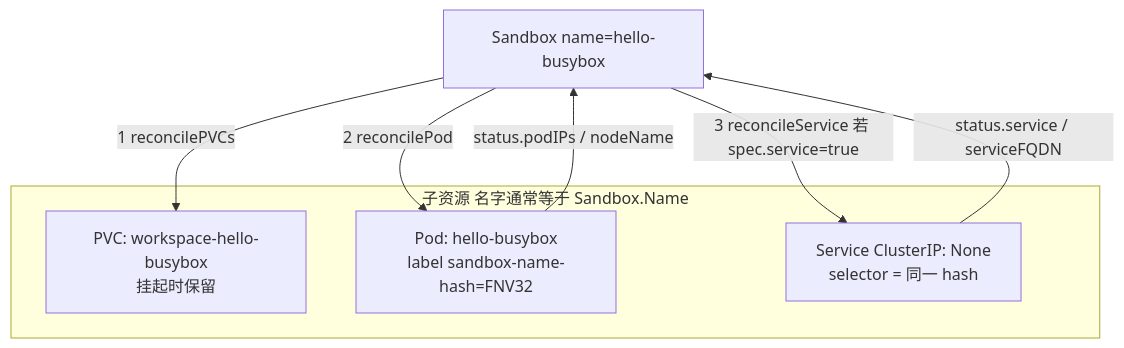
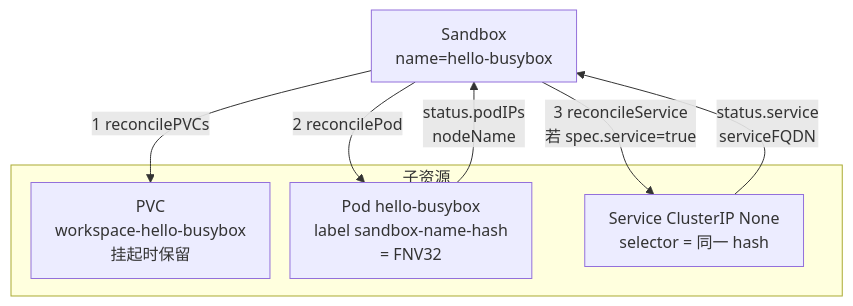
One commit to forrestIsRunning/kind-k8s-learning changed the sixth of 11 diagrams in docs/agent-sandbox-operator.md. Above: the diagram before and after it, drawn with Mermaid. The commit also changed other lines of this file and 2 other files, not shown here.

Commit message:
Stop mermaid diagrams from clipping labels and bottoms.

````diff
--- a/docs/agent-sandbox-operator.md
+++ b/docs/agent-sandbox-operator.md
@@ -164,16 +221,26 @@
 ```mermaid
+---
+config:
+  flowchart:
+    htmlLabels: true
+    wrappingWidth: 200
+    padding: 12
+    useMaxWidth: false
+    rankSpacing: 35
+    nodeSpacing: 20
+---
 flowchart TB
-  SB["Sandbox name=hello-busybox"]
+  SB["Sandbox<br/>name=hello-busybox"]
 
-  subgraph children["子资源 名字通常等于 Sandbox.Name"]
-    PVC["PVC: workspace-hello-busybox<br/>挂起时保留"]
-    POD["Pod: hello-busybox<br/>label sandbox-name-hash=FNV32"]
-    SVC["Service ClusterIP: None<br/>selector = 同一 hash"]
+  subgraph children["子资源"]
+    PVC["PVC<br/>workspace-hello-busybox<br/>挂起时保留"]
+    POD["Pod hello-busybox<br/>label sandbox-name-hash<br/>= FNV32"]
+    SVC["Service ClusterIP None<br/>selector = 同一 hash"]
   end
 
   SB -->|"1 reconcilePVCs"| PVC
   SB -->|"2 reconcilePod"| POD
-  SB -->|"3 reconcileService 若 spec.service=true"| SVC
-  POD -->|"status.podIPs / nodeName"| SB
-  SVC -->|"status.service / serviceFQDN"| SB
+  SB -->|"3 reconcileService<br/>若 spec.service=true"| SVC
+  POD -->|"status.podIPs<br/>nodeName"| SB
+  SVC -->|"status.service<br/>serviceFQDN"| SB
 ```
````
